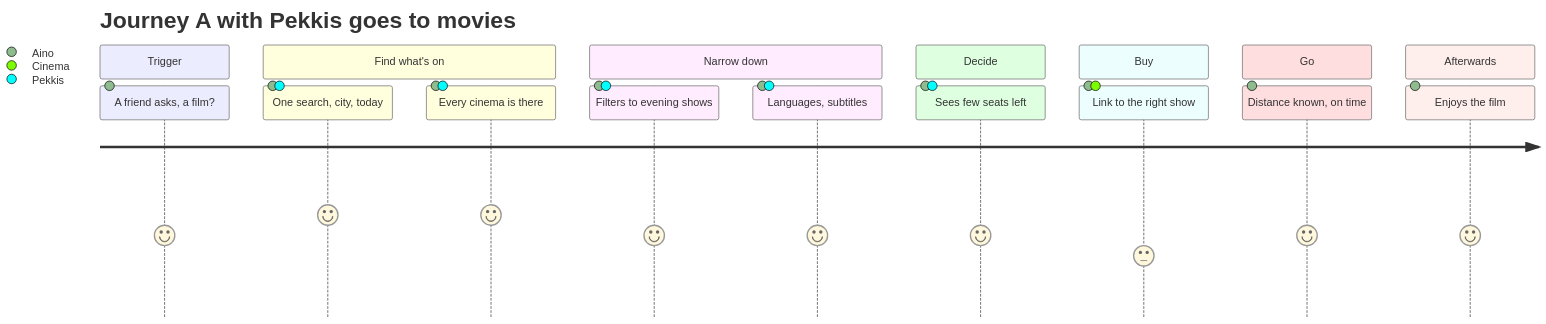
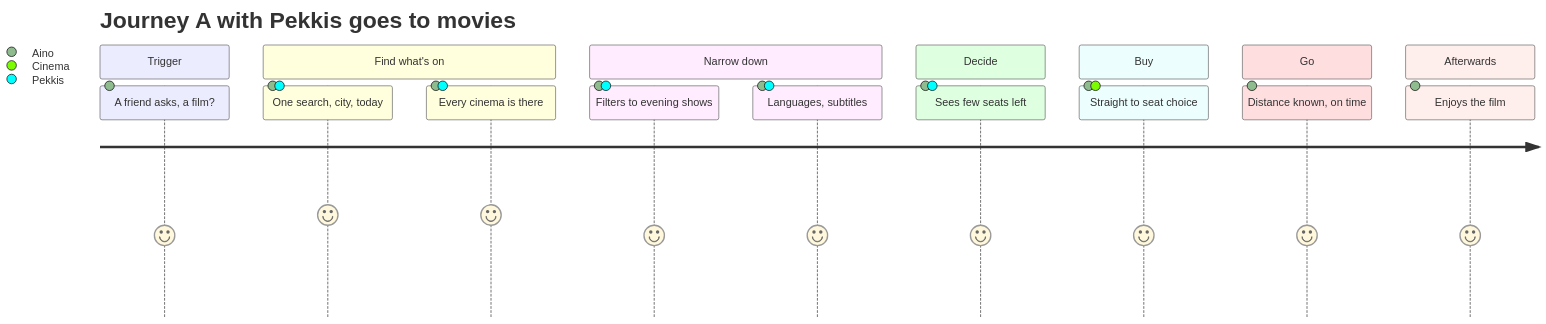
One commit to pekkis/pekkis-goes-to-movies-2026 changed the second of 4 diagrams in docs/design/journey-map.md. Above: the diagram before and after it, drawn with Mermaid. The commit also changed other lines of this file and 6 other files, not shown here.

First line of the commit message:
Journey maps: buying goes straight to the show's own purchase flow

````diff
--- a/docs/design/journey-map.md
+++ b/docs/design/journey-map.md
@@ -67,28 +67,28 @@
 ```mermaid
 ---
 config:
   journey:
     width: 190
     taskFontSize: 15
     sectionFontSize: 15
 ---
 %% image: journey-a-with-us
 journey
   title Journey A with Pekkis goes to movies
   section Trigger
     A friend asks, a film?: 4: Aino
   section Find what's on
     One search, city, today: 5: Aino, Pekkis
     Every cinema is there: 5: Aino, Pekkis
   section Narrow down
     Filters to evening shows: 4: Aino, Pekkis
     Languages, subtitles: 4: Aino, Pekkis
   section Decide
     Sees few seats left: 4: Aino, Pekkis
   section Buy
-    Link to the right show: 3: Aino, Cinema
+    Straight to seat choice: 4: Aino, Cinema
   section Go
     Distance known, on time: 4: Aino
   section Afterwards
     Enjoys the film: 4: Aino
 ```
````
